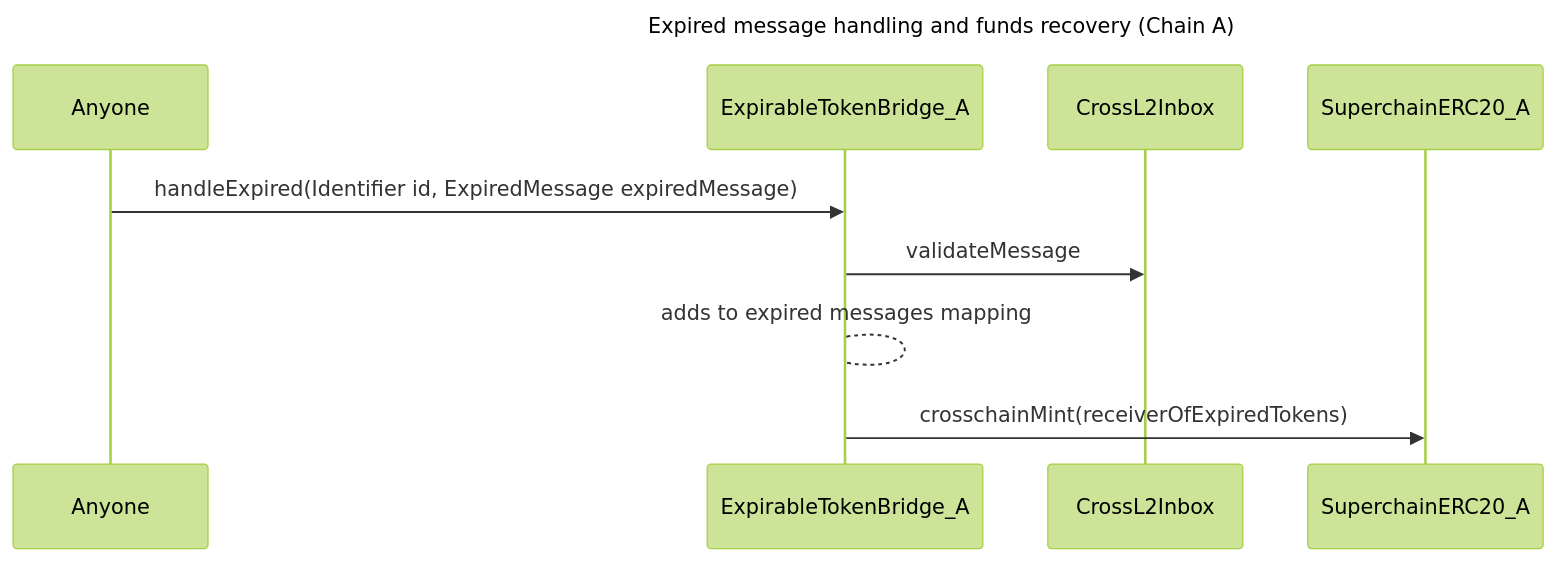
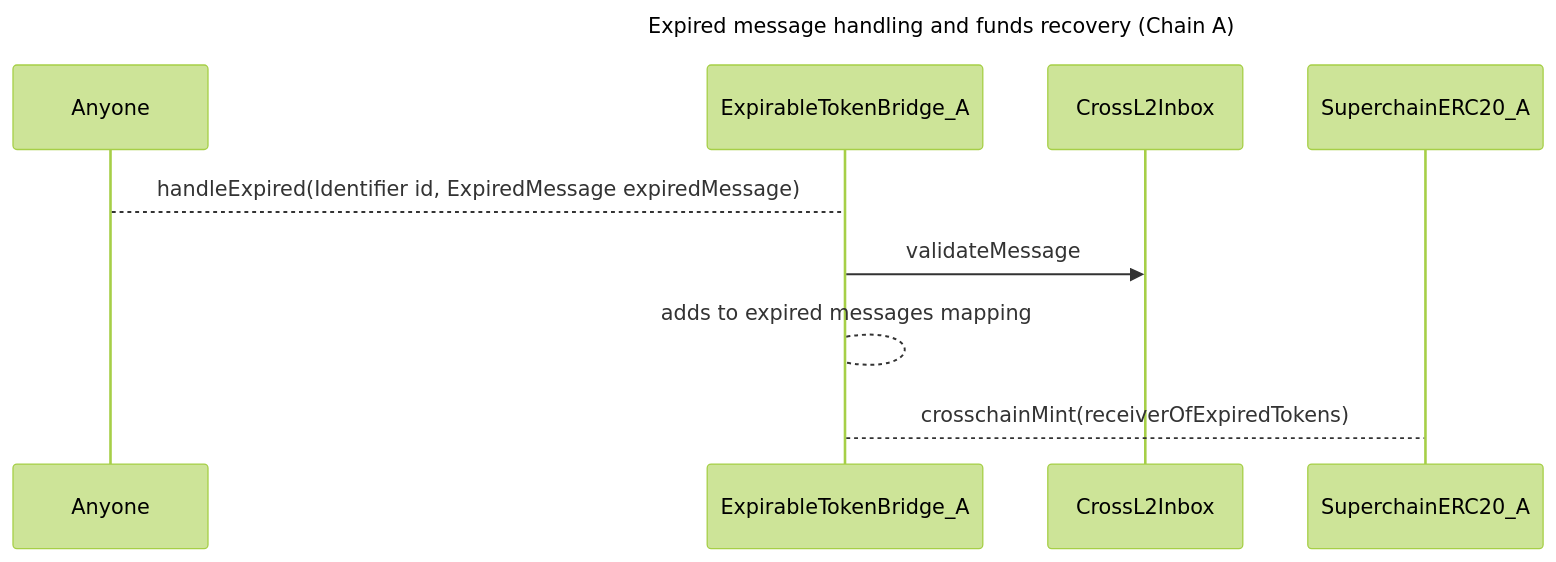
Before and after one commit to ethereum-optimism/design-docs: the third of 3 diagrams in protocol/messaging/entrypoints.md, drawn with Mermaid (forest theme). The commit also changed other lines of this file, not shown here.

````diff
--- a/protocol/messaging/entrypoints.md
+++ b/protocol/messaging/entrypoints.md
@@ -141,11 +118,10 @@
 ```mermaid
 sequenceDiagram
 
 title Expired message handling and funds recovery (Chain A)
 
-Anyone->>ExpirableTokenBridge_A: handleExpired(Identifier id, ExpiredMessage expiredMessage)
+Anyone-->ExpirableTokenBridge_A: handleExpired(Identifier id, ExpiredMessage expiredMessage)
 ExpirableTokenBridge_A->>CrossL2Inbox: validateMessage
 ExpirableTokenBridge_A-->ExpirableTokenBridge_A: adds to expired messages mapping
-ExpirableTokenBridge_A->>SuperchainERC20_A: crosschainMint(receiverOfExpiredTokens)
-
+ExpirableTokenBridge_A-->SuperchainERC20_A: crosschainMint(receiverOfExpiredTokens)
 ```
````
